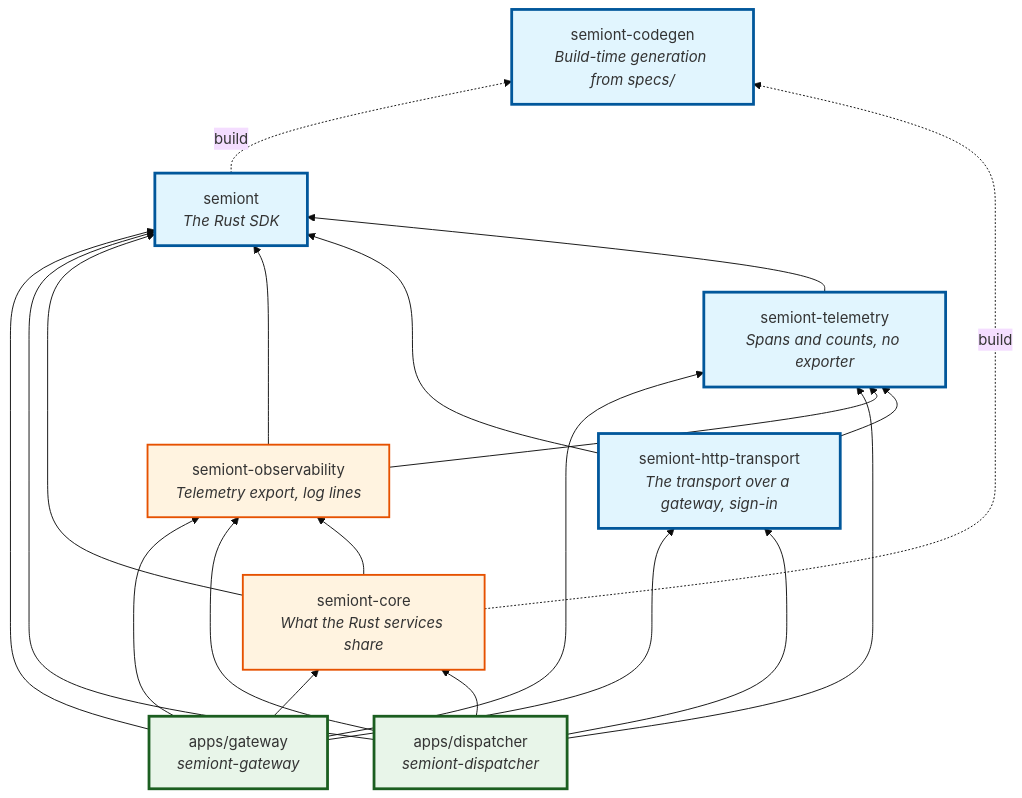
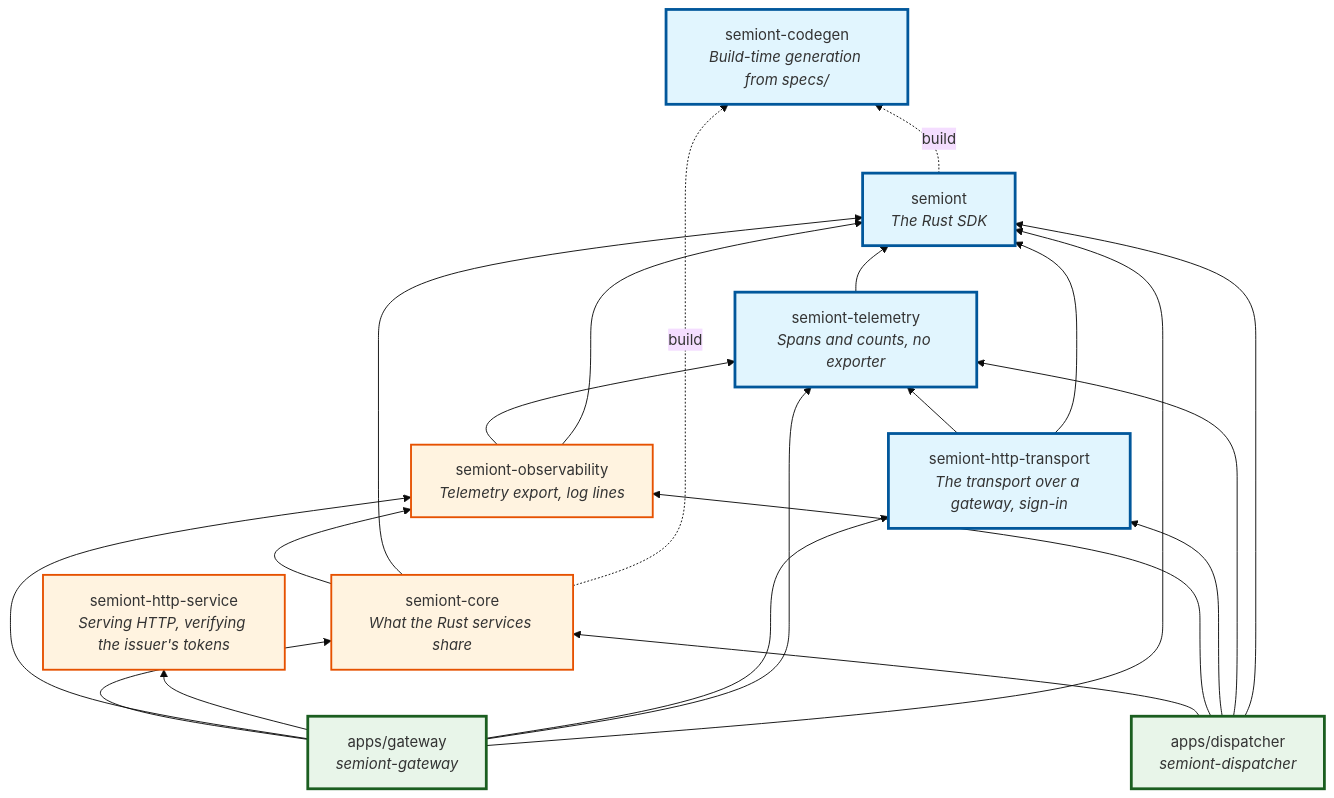
One commit to The-AI-Alliance/semiont changed the second of 2 diagrams in docs/architecture/PACKAGE-ARCHITECTURE.md. Above: the diagram before and after it, drawn with Mermaid (base theme). The commit also changed other lines of this file and 322 other files, not shown here.

````diff
--- a/docs/architecture/PACKAGE-ARCHITECTURE.md
+++ b/docs/architecture/PACKAGE-ARCHITECTURE.md
@@ -109,42 +109,44 @@
 ```mermaid
 graph BT
     gateway["apps/gateway<br/><i>semiont-gateway</i>"]
     dispatcher["apps/dispatcher<br/><i>semiont-dispatcher</i>"]
 
     rcore["semiont-core<br/><i>What the Rust services share</i>"]
     robs["semiont-observability<br/><i>Telemetry export, log lines</i>"]
+    rserve["semiont-http-service<br/><i>Serving HTTP, verifying the issuer's tokens</i>"]
     rhttp["semiont-http-transport<br/><i>The transport over a gateway, sign-in</i>"]
     rtel["semiont-telemetry<br/><i>Spans and counts, no exporter</i>"]
     rsdk["semiont<br/><i>The Rust SDK</i>"]
     codegen["semiont-codegen<br/><i>Build-time generation from specs/</i>"]
 
     gateway --> rcore
     gateway --> robs
+    gateway --> rserve
     gateway --> rhttp
     gateway --> rtel
     gateway --> rsdk
     dispatcher --> rcore
     dispatcher --> robs
     dispatcher --> rhttp
     dispatcher --> rtel
     dispatcher --> rsdk
 
     rcore --> robs
     rcore --> rsdk
     robs --> rtel
     robs --> rsdk
     rhttp --> rtel
     rhttp --> rsdk
     rtel --> rsdk
 
     rsdk -.->|build| codegen
     rcore -.->|build| codegen
 
     classDef app fill:#e8f5e9,stroke:#1b5e20,stroke-width:3px
     classDef internal fill:#fff3e0,stroke:#e65100,stroke-width:2px
     classDef published fill:#e1f5fe,stroke:#01579b,stroke-width:3px
 
     class gateway,dispatcher app
-    class rcore,robs internal
+    class rcore,robs,rserve internal
     class rhttp,rtel,rsdk,codegen published
 ```
````
